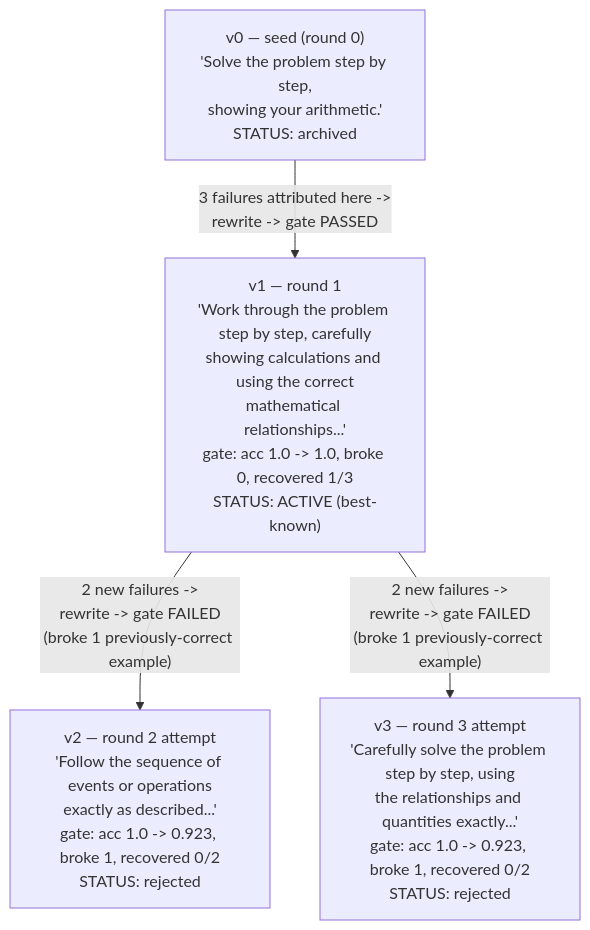
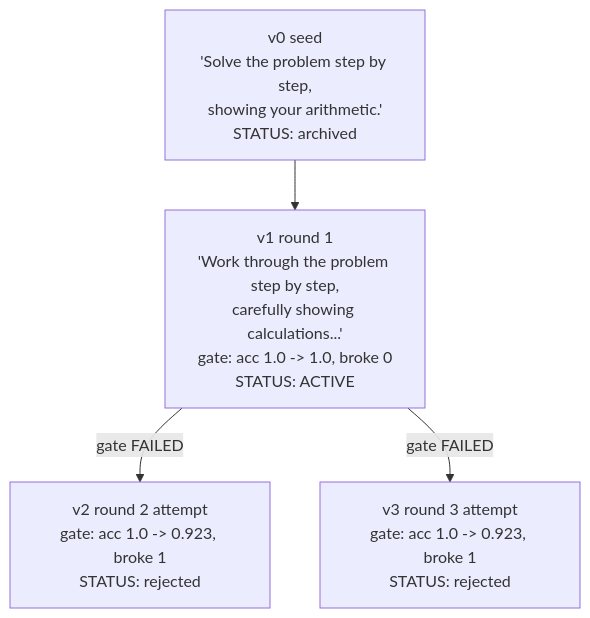
The fourth of 4 diagrams in Docs/fdpo_mechanism.md (Chinmoy17/promptomizer_2), drawn with Mermaid before and after one commit. The commit also changed other lines of this file, not shown here.

````diff
--- a/Docs/fdpo_mechanism.md
+++ b/Docs/fdpo_mechanism.md
@@ -264,11 +428,11 @@
 ```mermaid
 graph TD
-    v0["v0 — seed (round 0)\n'Solve the problem step by step,\nshowing your arithmetic.'\nSTATUS: archived"]
-    v1["v1 — round 1\n'Work through the problem step by step, carefully\nshowing calculations and using the correct\nmathematical relationships...'\ngate: acc 1.0 -> 1.0, broke 0, recovered 1/3\nSTATUS: ACTIVE (best-known)"]
-    v2["v2 — round 2 attempt\n'Follow the sequence of events or operations\nexactly as described...'\ngate: acc 1.0 -> 0.923, broke 1, recovered 0/2\nSTATUS: rejected"]
-    v3["v3 — round 3 attempt\n'Carefully solve the problem step by step, using\nthe relationships and quantities exactly...'\ngate: acc 1.0 -> 0.923, broke 1, recovered 0/2\nSTATUS: rejected"]
+    v0["v0 seed<br/>'Solve the problem step by step,<br/>showing your arithmetic.'<br/>STATUS: archived"]
+    v1["v1 round 1<br/>'Work through the problem step by step,<br/>carefully showing calculations...'<br/>gate: acc 1.0 -> 1.0, broke 0<br/>STATUS: ACTIVE"]
+    v2["v2 round 2 attempt<br/>gate: acc 1.0 -> 0.923, broke 1<br/>STATUS: rejected"]
+    v3["v3 round 3 attempt<br/>gate: acc 1.0 -> 0.923, broke 1<br/>STATUS: rejected"]
 
-    v0 -->|"3 failures attributed here ->\nrewrite -> gate PASSED"| v1
-    v1 -->|"2 new failures ->\nrewrite -> gate FAILED\n(broke 1 previously-correct example)"| v2
-    v1 -->|"2 new failures ->\nrewrite -> gate FAILED\n(broke 1 previously-correct example)"| v3
+    v0 --> v1
+    v1 -->|"gate FAILED"| v2
+    v1 -->|"gate FAILED"| v3
 ```
````
